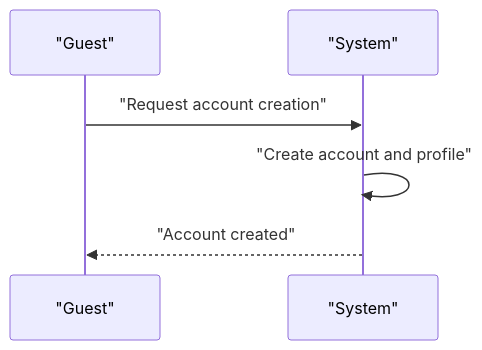
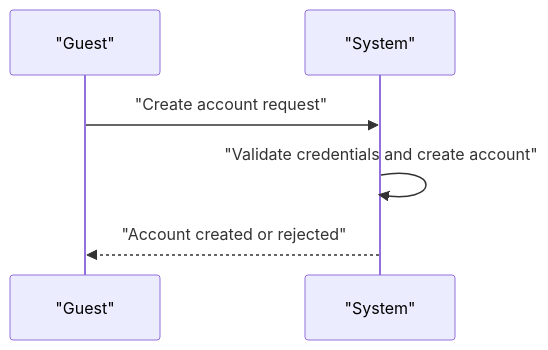
One commit to wrtnlabs/autobe-examples changed the eighth of 10 diagrams in openai/gpt-5.4-mini/todo/docs/analysis/01-actors-and-auth.md. Above: the diagram before and after it, drawn with Mermaid. The commit also changed other lines of this file and 6645 other files, not shown here.

````diff
--- a/openai/gpt-5.4-mini/todo/docs/analysis/01-actors-and-auth.md
+++ b/openai/gpt-5.4-mini/todo/docs/analysis/01-actors-and-auth.md
@@ -264,8 +246,8 @@
 ```mermaid
 sequenceDiagram
     participant G as "Guest"
     participant S as "System"
-    G->>S: "Request account creation"
-    S->>S: "Create account and profile"
-    S-->>G: "Account created"
+    G->>S: "Create account request"
+    S->>S: "Validate credentials and create account"
+    S-->>G: "Account created or rejected"
 ```
````
